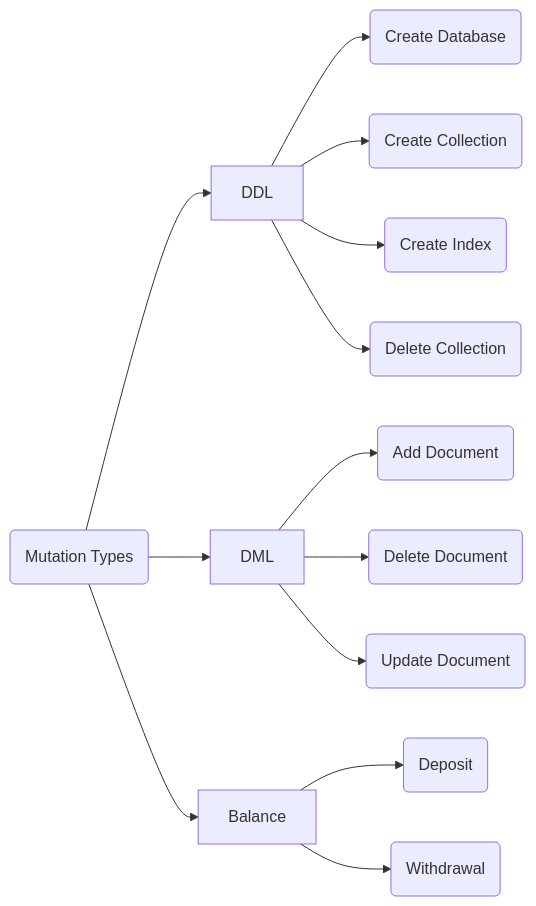
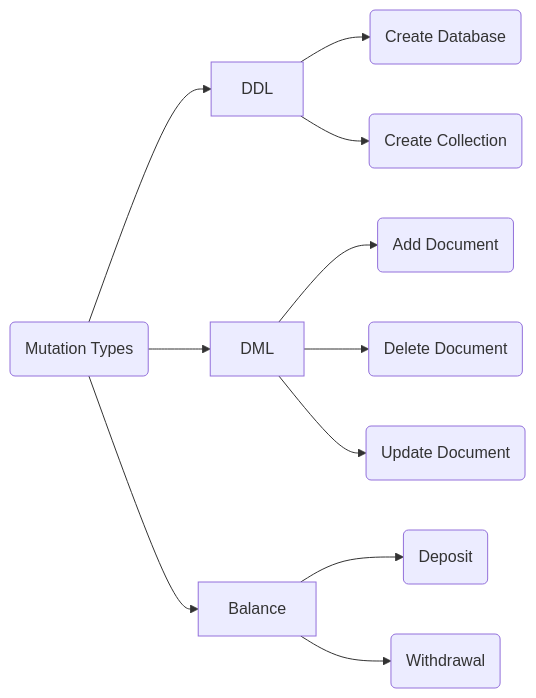
One commit to dbpunk-labs/DIPs changed the fourth of 4 diagrams in dips/dip-000.md. Above: the diagram before and after it, drawn with Mermaid. The commit also changed other lines of this file and 1 other file, not shown here.

Commit message:
feat: add create database and create collection

````diff
--- a/dips/dip-000.md
+++ b/dips/dip-000.md
@@ -85,15 +85,13 @@
 ```mermaid
 flowchart LR
     m(Mutation Types) --> DDL
     DDL --> CD(Create Database)
     DDL --> CC(Create Collection)
-    DDL --> CI(Create Index)
-    DDL --> DC(Delete Collection)
     m --> DML
     DML --> AD(Add Document)
     DML --> DD(Delete Document)
     DML --> UD(Update Document)
     m --> Balance
     Balance --> MB(Deposit)
     Balance --> WD(Withdrawal)
 ```
````
